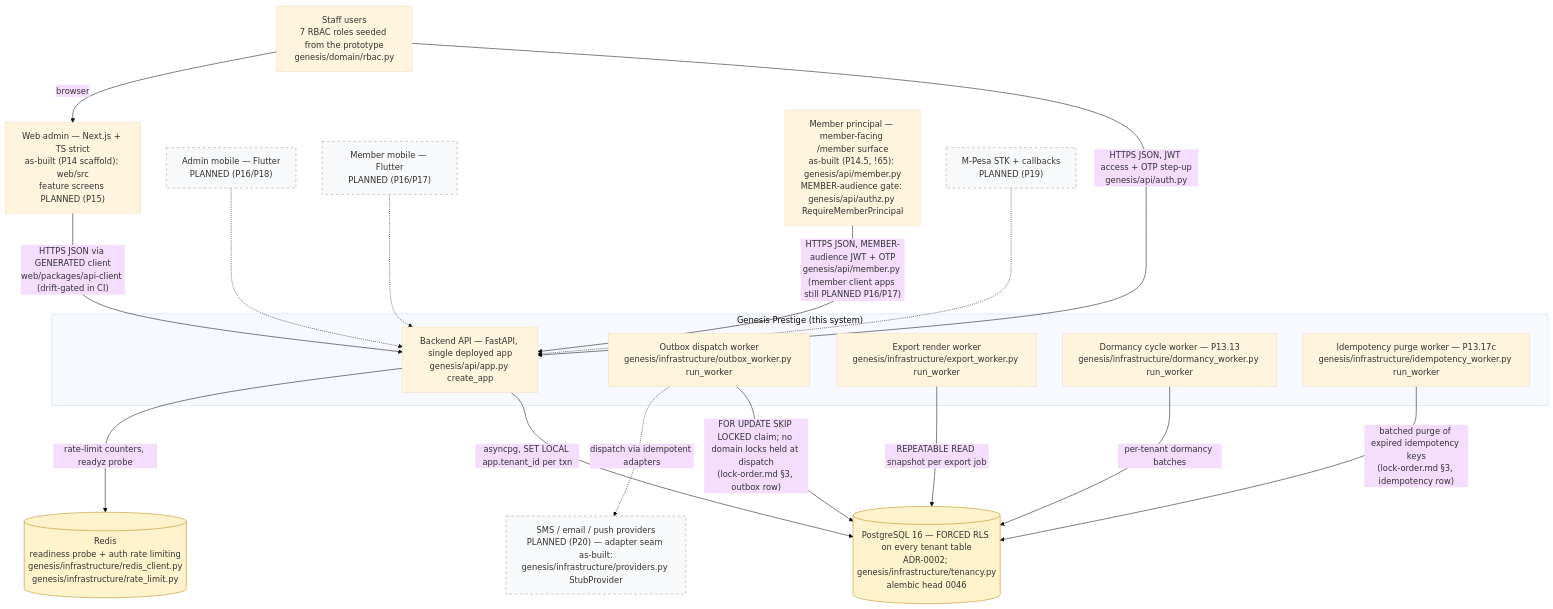
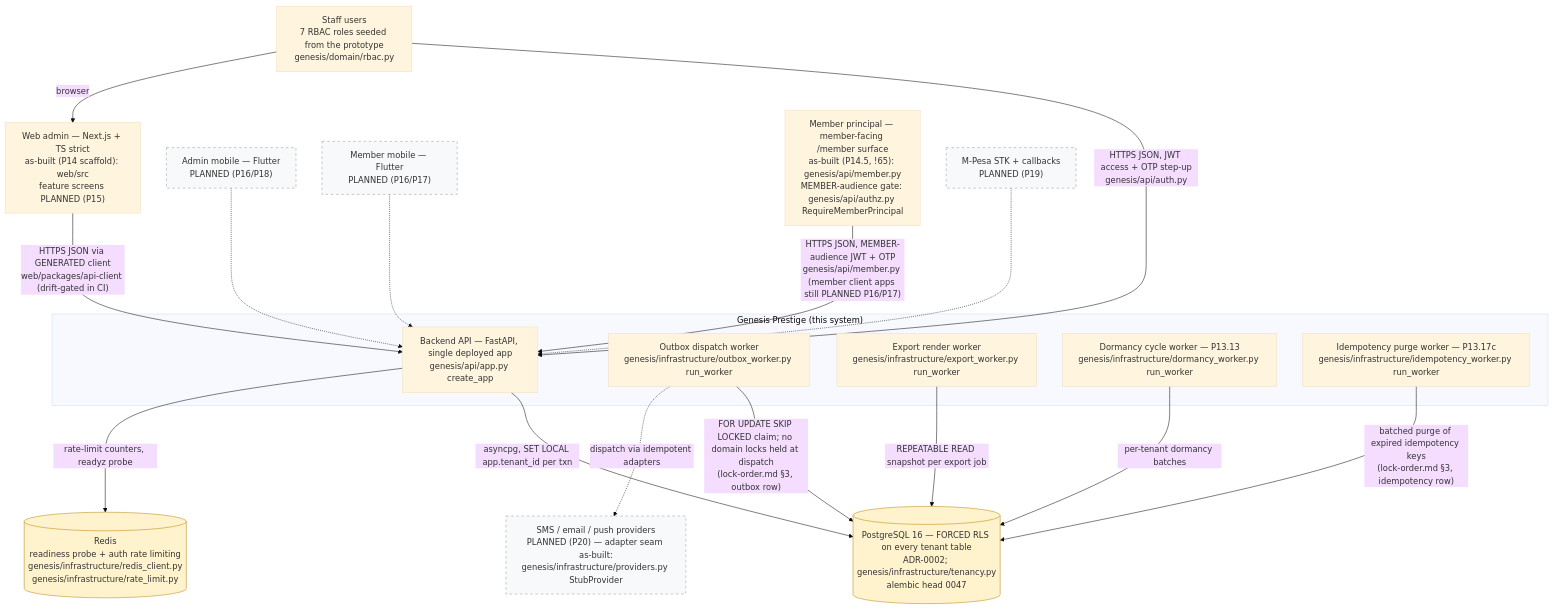
The diagram in docs/diagrams/c4-context.md (Benson-Kim/genesis-sacco-core), drawn with Mermaid (base theme) before and after one commit. The commit also changed other lines of this file and 13 other files, not shown here.

````diff
--- a/docs/diagrams/c4-context.md
+++ b/docs/diagrams/c4-context.md
@@ -83,46 +90,46 @@
 ```mermaid
 flowchart TB
     %% Authored against main @ 08541b860f1445b16c342c39b6606d86b9dbeb17
     %% L1 context — as-built boxes cite genesis modules; dashed = PLANNED (Pn).
 
     STAFF["Staff users<br/>7 RBAC roles seeded from the prototype<br/>genesis/domain/rbac.py"]
 
     subgraph SYS["Genesis Prestige (this system)"]
         API["Backend API — FastAPI, single deployed app<br/>genesis/api/app.py create_app"]
         OBW["Outbox dispatch worker<br/>genesis/infrastructure/outbox_worker.py run_worker"]
         EXW["Export render worker<br/>genesis/infrastructure/export_worker.py run_worker"]
         DMW["Dormancy cycle worker — P13.13<br/>genesis/infrastructure/dormancy_worker.py run_worker"]
         IDW["Idempotency purge worker — P13.17c<br/>genesis/infrastructure/idempotency_worker.py run_worker"]
     end
 
-    PG[("PostgreSQL 16 — FORCED RLS on every tenant table<br/>ADR-0002; genesis/infrastructure/tenancy.py<br/>alembic head 0046")]
+    PG[("PostgreSQL 16 — FORCED RLS on every tenant table<br/>ADR-0002; genesis/infrastructure/tenancy.py<br/>alembic head 0047")]
     RD[("Redis<br/>readiness probe + auth rate limiting<br/>genesis/infrastructure/redis_client.py<br/>genesis/infrastructure/rate_limit.py")]
 
     WEB["Web admin — Next.js + TS strict<br/>as-built (P14 scaffold): web/src<br/>feature screens PLANNED (P15)"]
     ADM["Admin mobile — Flutter<br/>PLANNED (P16/P18)"]
     MEM["Member mobile — Flutter<br/>PLANNED (P16/P17)"]
     MPR["Member principal — member-facing /member surface<br/>as-built (P14.5, !65): genesis/api/member.py<br/>MEMBER-audience gate: genesis/api/authz.py RequireMemberPrincipal"]
     MPESA["M-Pesa STK + callbacks<br/>PLANNED (P19)"]
     PROV["SMS / email / push providers<br/>PLANNED (P20) — adapter seam as-built:<br/>genesis/infrastructure/providers.py StubProvider"]
 
     STAFF -->|"HTTPS JSON, JWT access + OTP step-up<br/>genesis/api/auth.py"| API
     API -->|"asyncpg, SET LOCAL app.tenant_id per txn"| PG
     API -->|"rate-limit counters, readyz probe"| RD
     OBW -->|"FOR UPDATE SKIP LOCKED claim; no domain locks held at dispatch<br/>(lock-order.md §3, outbox row)"| PG
     EXW -->|"REPEATABLE READ snapshot per export job"| PG
     DMW -->|"per-tenant dormancy batches"| PG
     IDW -->|"batched purge of expired idempotency keys<br/>(lock-order.md §3, idempotency row)"| PG
     OBW -.->|"dispatch via idempotent adapters"| PROV
 
     STAFF -->|"browser"| WEB
     WEB -->|"HTTPS JSON via GENERATED client<br/>web/packages/api-client (drift-gated in CI)"| API
     ADM -.-> API
     MEM -.-> API
     MPR -->|"HTTPS JSON, MEMBER-audience JWT + OTP<br/>genesis/api/member.py (member client apps still PLANNED P16/P17)"| API
     MPESA -.-> API
 
     classDef planned fill:#f8f9fa,stroke:#999,stroke-dasharray: 5 5;
     class ADM,MEM,MPESA,PROV planned;
     classDef store fill:#fff3cd,stroke:#b8860b;
     class PG,RD store;
 ```
````
